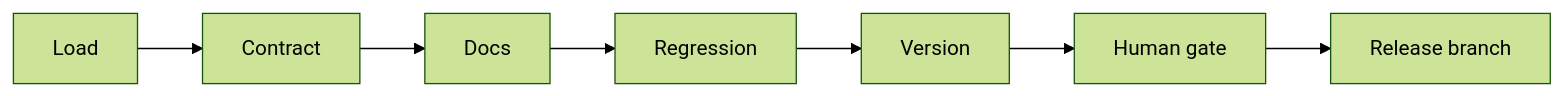
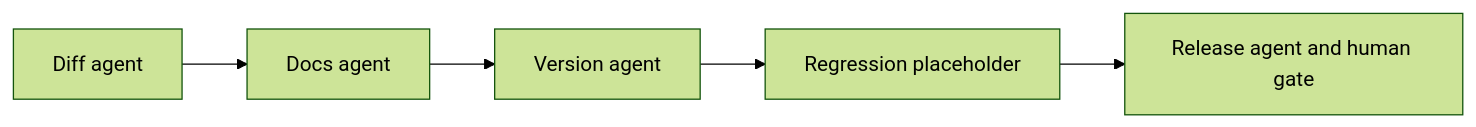
Before and after one commit to straubt1/lc-tech-exercise: the diagram in plans/part2-module-release.md, drawn with Mermaid (forest theme). The commit also changed other lines of this file and 38 other files, not shown here.

````diff
--- a/plans/part2-module-release.md
+++ b/plans/part2-module-release.md
@@ -25,11 +27,9 @@
 ```mermaid
 flowchart LR
-  load[Load]
-  contract[Contract]
-  docs[Docs]
-  regression[Regression]
-  version[Version]
-  review[Human gate]
-  release[Release branch]
-  load --> contract --> docs --> regression --> version --> review --> release
+  diff[Diff agent]
+  docs[Docs agent]
+  version[Version agent]
+  regression[Regression placeholder]
+  release[Release agent and human gate]
+  diff --> docs --> version --> regression --> release
 ```
````
